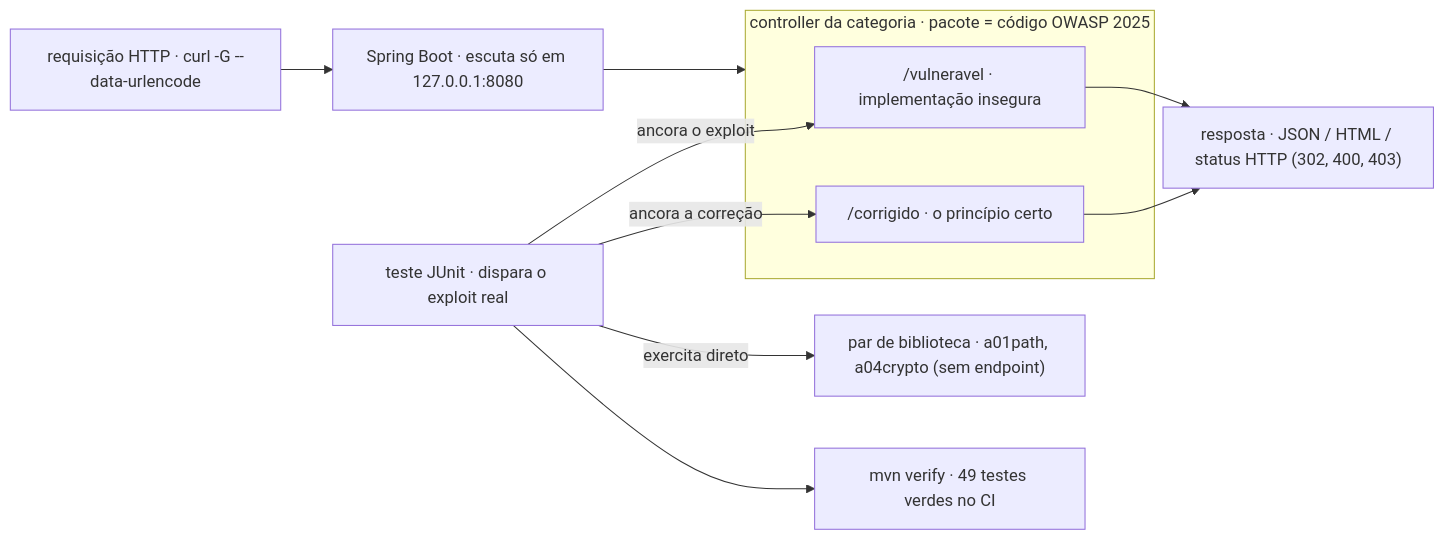
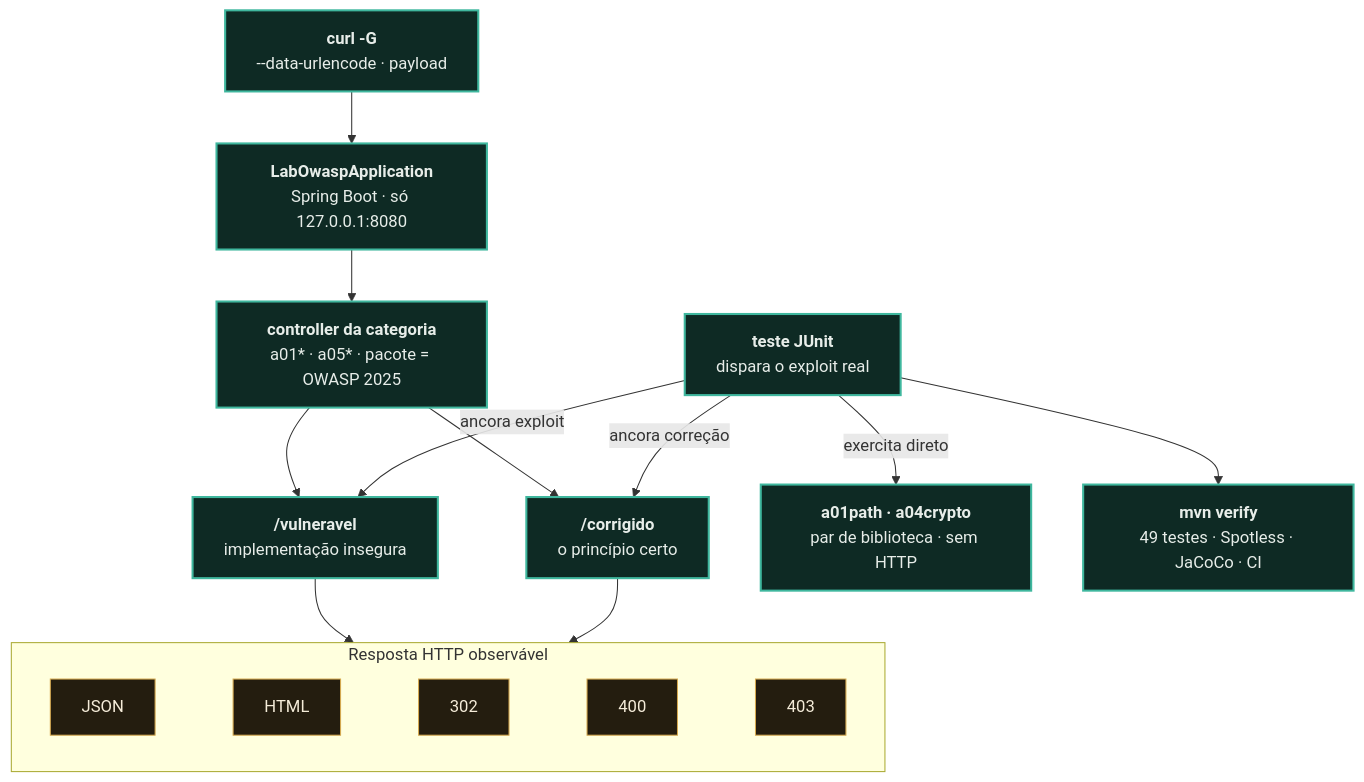
One commit to Paulo-Marcos-Lucio/laboratorio-owasp changed the diagram in README.md. Above: the diagram before and after it, drawn with Mermaid. The commit also changed other lines of this file, not shown here.

````diff
--- a/README.md
+++ b/README.md
@@ -193,20 +196,22 @@
 ```mermaid
-flowchart LR
-    REQ["requisição HTTP · curl -G --data-urlencode"] --> ENG
-    ENG["Spring Boot · escuta só em 127.0.0.1:8080"] --> CTRL
-
-    subgraph CTRL["controller da categoria · pacote = código OWASP 2025"]
-        VULN["/vulneravel · implementação insegura"]
-        FIX["/corrigido · o princípio certo"]
+flowchart TD
+    REQ["<b>curl -G</b><br/>--data-urlencode · payload"] --> APP["<b>LabOwaspApplication</b><br/>Spring Boot · só 127.0.0.1:8080"]
+    APP --> CTRL["<b>controller da categoria</b><br/>a01* · a05* · pacote = OWASP 2025"]
+    CTRL --> VULN["<b>/vulneravel</b><br/>implementação insegura"]
+    CTRL --> FIX["<b>/corrigido</b><br/>o princípio certo"]
+    VULN --> OUT
+    FIX --> OUT
+    subgraph OUT [" Resposta HTTP observável "]
+        direction LR
+        JS["JSON"] ~~~ HT["HTML"] ~~~ R302["302"] ~~~ R400["400"] ~~~ R403["403"]
     end
-
-    VULN --> OUT["resposta · JSON / HTML / status HTTP (302, 400, 403)"]
-    FIX --> OUT
-
-    LIB["par de biblioteca · a01path, a04crypto (sem endpoint)"]
-
-    TEST["teste JUnit · dispara o exploit real"] -->|"ancora o exploit"| VULN
-    TEST -->|"ancora a correção"| FIX
+    LIB["<b>a01path · a04crypto</b><br/>par de biblioteca · sem HTTP"]
+    TEST["<b>teste JUnit</b><br/>dispara o exploit real"] -->|"ancora exploit"| VULN
+    TEST -->|"ancora correção"| FIX
     TEST -->|"exercita direto"| LIB
-    TEST --> GATE["mvn verify · 49 testes verdes no CI"]
+    TEST --> GATE["<b>mvn verify</b><br/>49 testes · Spotless · JaCoCo · CI"]
+    classDef nucleo fill:#0e2a24,stroke:#3fb79e,stroke-width:2px,color:#e7ede9;
+    classDef saida fill:#241d0f,stroke:#d6a94e,color:#f5ecd9;
+    class REQ,APP,CTRL,VULN,FIX,LIB,TEST,GATE nucleo;
+    class JS,HT,R302,R400,R403 saida;
 ```
````
